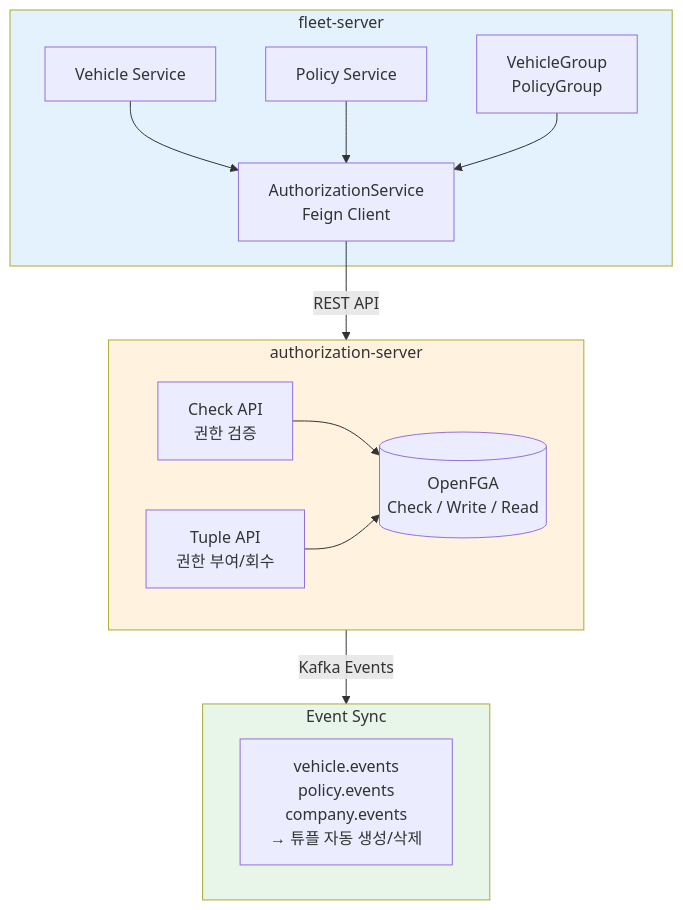
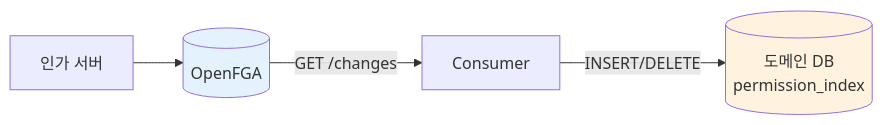
The second of 5 diagrams in content/posts/2025-02-10-rebac-group-pattern-real-world.md (Gyeom/dev-notes), drawn with Mermaid before and after one commit. The commit also changed other lines of this file and 3 other files, not shown here.

First line of the commit message:
Refactor: OpenFGA 포스트 개선 및 이력서 동기화

````diff
--- a/content/posts/2025-02-10-rebac-group-pattern-real-world.md
+++ b/content/posts/2025-02-10-rebac-group-pattern-real-world.md
@@ -41,28 +67,9 @@
 ```mermaid
-flowchart TB
-    subgraph FleetServer ["fleet-server"]
-        VS[Vehicle Service] --> Auth[AuthorizationService<br/>Feign Client]
-        PS[Policy Service] --> Auth
-        VG[VehicleGroup<br/>PolicyGroup] --> Auth
-    end
+flowchart LR
+    Admin[인가 서버] --> OpenFGA[(OpenFGA)]
+    OpenFGA --> |GET /changes| Consumer[Consumer]
+    Consumer --> |INSERT/DELETE| Index[(도메인 DB<br/>permission_index)]
 
-    Auth -->|REST API| AuthServer
-
-    subgraph AuthServer ["authorization-server"]
-        Check[Check API<br/>권한 검증]
-        Tuple[Tuple API<br/>권한 부여/회수]
-        Check --> OpenFGA
-        Tuple --> OpenFGA
-        OpenFGA[(OpenFGA<br/>Check / Write / Read)]
-    end
-
-    AuthServer -->|Kafka Events| Sync
-
-    subgraph Sync ["Event Sync"]
-        Consumer[vehicle.events<br/>policy.events<br/>company.events<br/>→ 튜플 자동 생성/삭제]
-    end
-
-    style FleetServer fill:#e3f2fd
-    style AuthServer fill:#fff3e0
-    style Sync fill:#e8f5e9
+    style OpenFGA fill:#e3f2fd
+    style Index fill:#fff3e0
 ```
````
